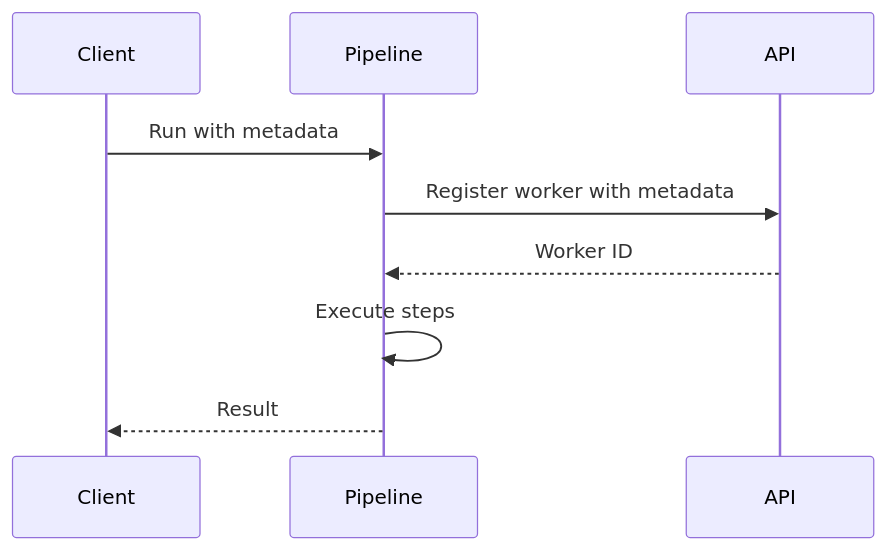
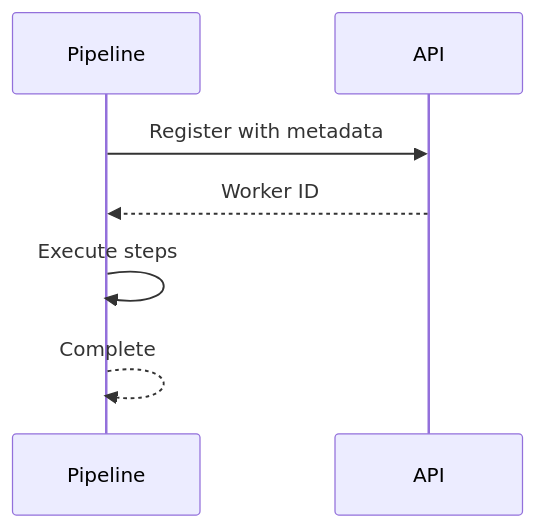
Before and after one commit to wisrovi/wpipe: the second of 5 diagrams in examples/api_pipeline/10_worker_metadata/README.md, drawn with Mermaid. The commit also changed other lines of this file and 20 other files, not shown here.

First line of the commit message:
Simplify Mermaid diagrams for better rendering

````diff
--- a/examples/api_pipeline/10_worker_metadata/README.md
+++ b/examples/api_pipeline/10_worker_metadata/README.md
@@ -20,12 +22,10 @@
 ```mermaid
 sequenceDiagram
-    participant Client
-    participant Pipeline
-    participant API
+    participant P as Pipeline
+    participant A as API
     
-    Client->>Pipeline: Run with metadata
-    Pipeline->>API: Register worker with metadata
-    API-->>Pipeline: Worker ID
-    Pipeline->>Pipeline: Execute steps
-    Pipeline-->>Client: Result
+    P->>A: Register with metadata
+    A-->>P: Worker ID
+    P->>P: Execute steps
+    P-->>P: Complete
 ```
````
